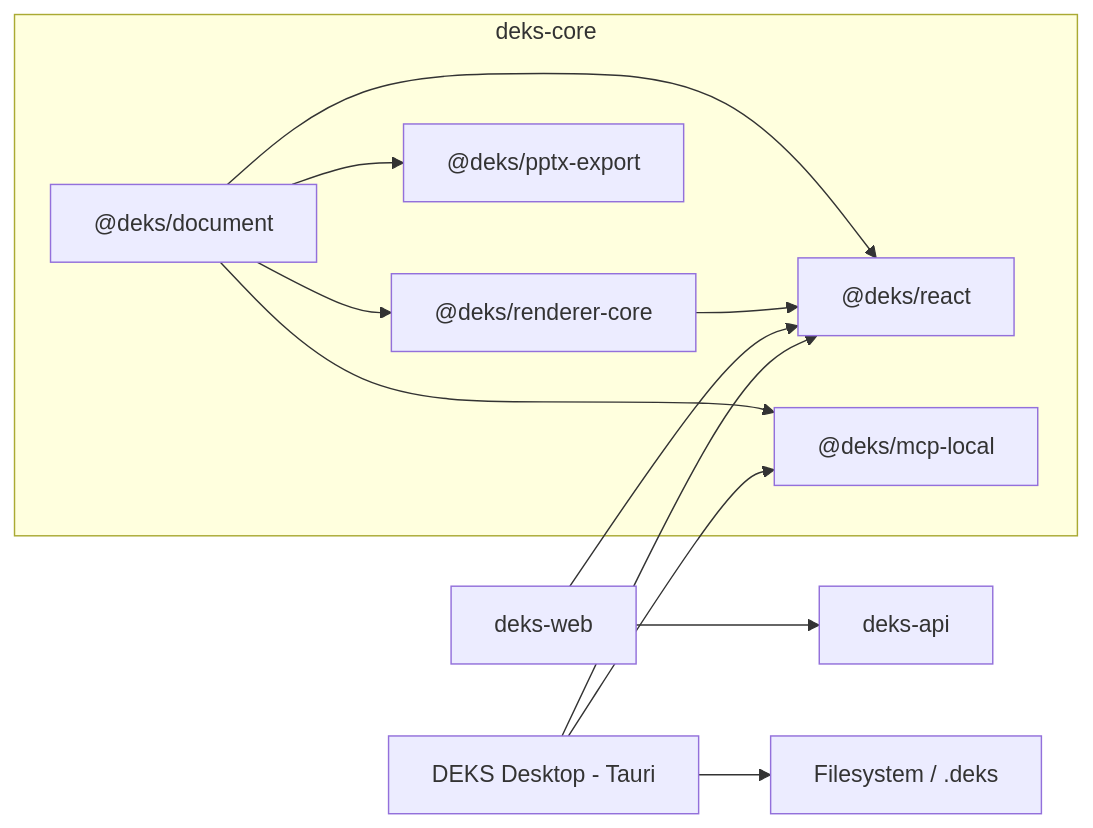
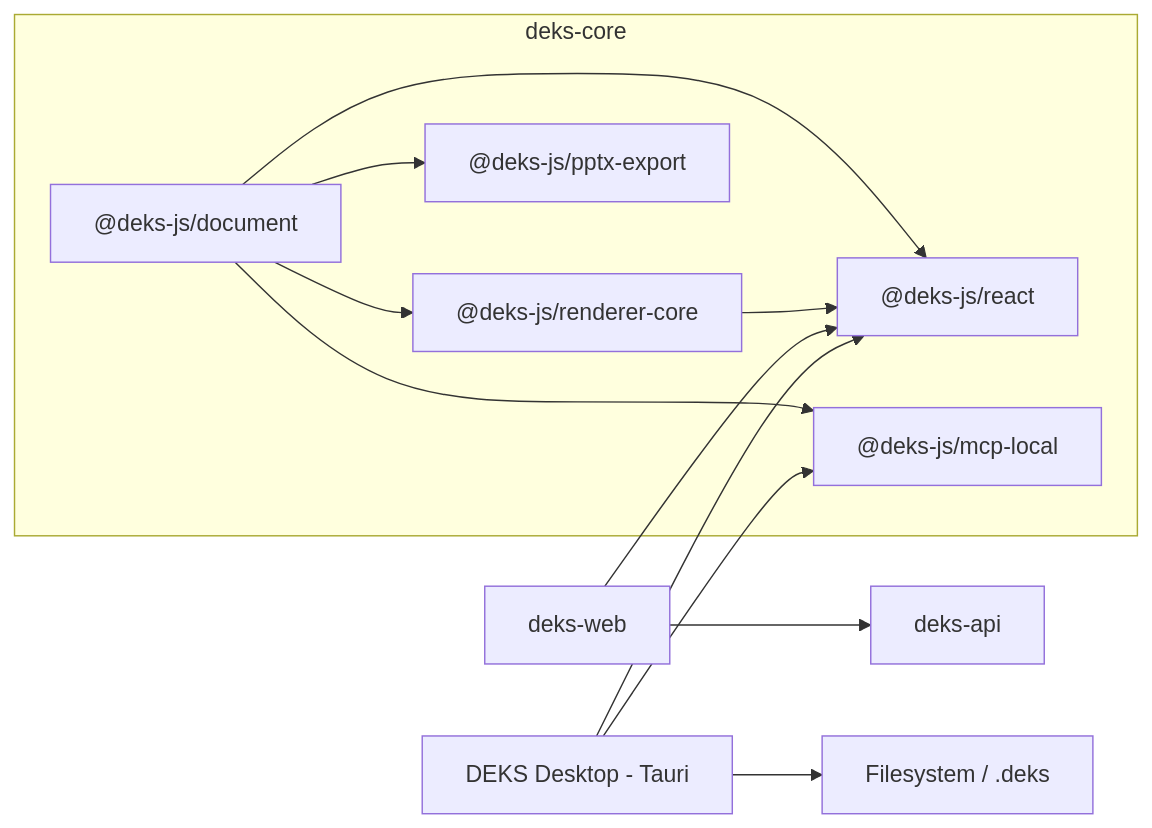
The diagram in docs/architecture.md (eigen-cl/deks-core), drawn with Mermaid before and after one commit. The commit also changed other lines of this file and 50 other files, not shown here.

Commit message:
feat: publish portable deks core packages

````diff
--- a/docs/architecture.md
+++ b/docs/architecture.md
@@ -9,16 +9,16 @@
 ```mermaid
 flowchart LR
   subgraph Core["deks-core"]
-    D["@deks/document"] --> R["@deks/renderer-core"]
-    D --> UI["@deks/react"]
+    D["@deks-js/document"] --> R["@deks-js/renderer-core"]
+    D --> UI["@deks-js/react"]
     R --> UI
-    D --> P["@deks/pptx-export"]
-    D --> M["@deks/mcp-local"]
+    D --> P["@deks-js/pptx-export"]
+    D --> M["@deks-js/mcp-local"]
   end
 
   Web["deks-web"] --> UI
   Web --> Cloud["deks-api"]
   Desktop["DEKS Desktop - Tauri"] --> UI
   Desktop --> FS["Filesystem / .deks"]
   Desktop --> M
 ```
````
